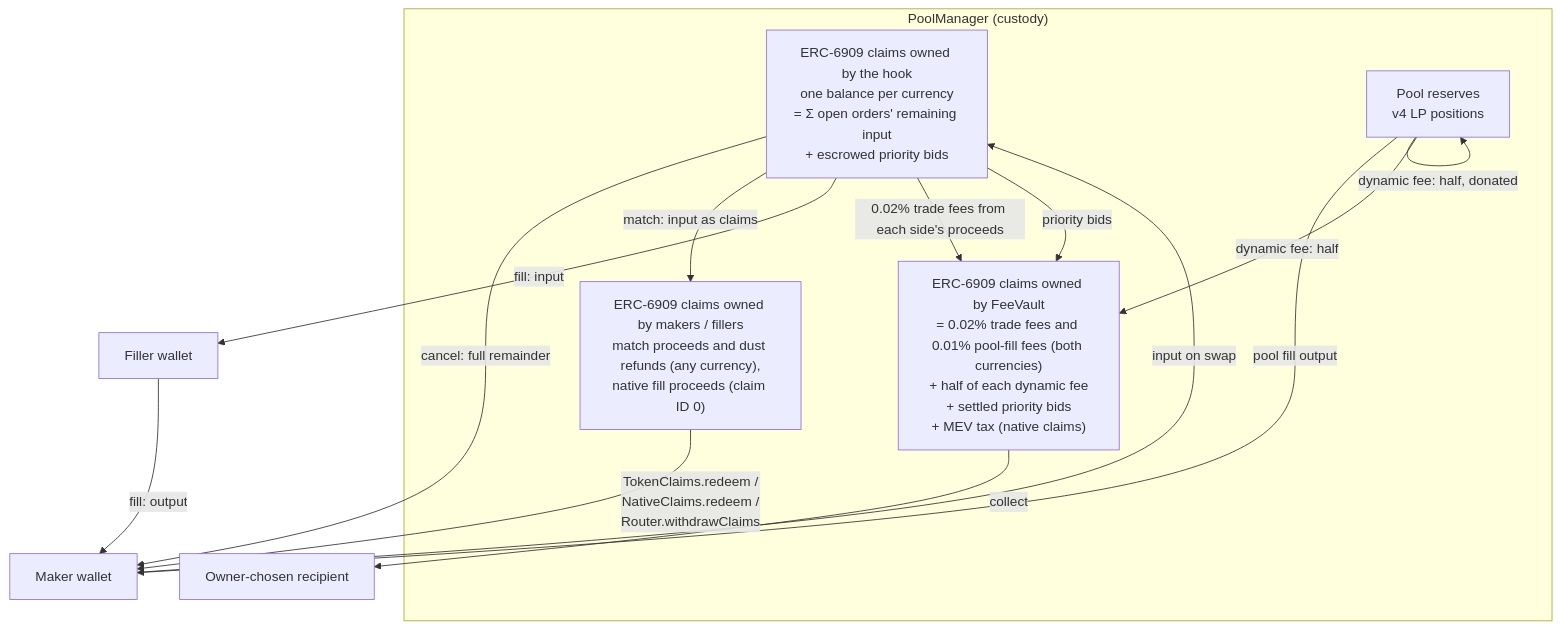
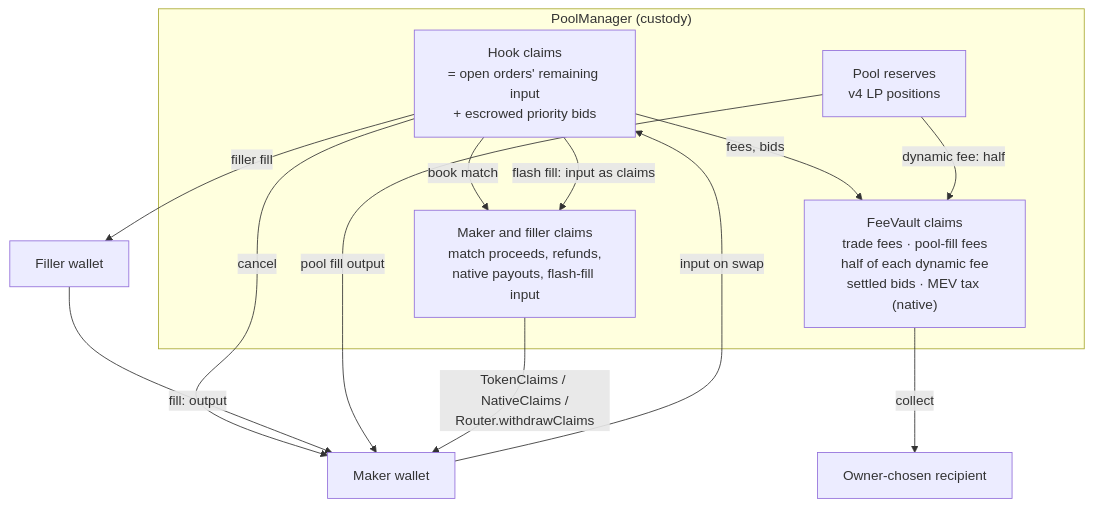
The second of 6 diagrams in docs/protocol.md (asyncswap/contracts), drawn with Mermaid before and after one commit. The commit also changed other lines of this file and 10 other files, not shown here.

Commit message:
Docs: refactor for v2.2.0 (flash fills, MEV tax, Dutch auctions, module layout) (#106)

````diff
--- a/docs/protocol.md
+++ b/docs/protocol.md
@@ -95,21 +95,20 @@
 ```mermaid
 flowchart TB
     subgraph PoolManager["PoolManager (custody)"]
-        Escrow["ERC-6909 claims owned by the hook<br/>one balance per currency<br/>= Σ open orders' remaining input<br/>+ escrowed priority bids"]
-        Fees["ERC-6909 claims owned by FeeVault<br/>= 0.02% trade fees and 0.01% pool-fill fees (both currencies)<br/>+ half of each dynamic fee<br/>+ settled priority bids<br/>+ MEV tax (native claims)"]
-        User["ERC-6909 claims owned by makers / fillers<br/>match proceeds and dust refunds (any currency),<br/>native fill proceeds (claim ID 0)"]
+        Escrow["Hook claims<br/>= open orders' remaining input<br/>+ escrowed priority bids"]
+        Fees["FeeVault claims<br/>trade fees · pool-fill fees<br/>half of each dynamic fee<br/>settled bids · MEV tax (native)"]
+        User["Maker and filler claims<br/>match proceeds, refunds,<br/>native payouts, flash-fill input"]
         Reserves["Pool reserves<br/>v4 LP positions"]
     end
     MakerW["Maker wallet"] -->|input on swap| Escrow
-    Escrow -->|cancel: full remainder| MakerW
-    Escrow -->|match: input as claims| User
-    Escrow -->|fill: input| CounterW["Filler wallet"]
-    CounterW -->|fill: output| MakerW
-    Escrow -->|0.02% trade fees from each side's proceeds| Fees
-    Escrow -->|priority bids| Fees
+    Escrow -->|cancel| MakerW
+    Escrow -->|book match| User
+    Escrow -->|filler fill| FillerW["Filler wallet"]
+    Escrow -->|flash fill: input as claims| User
+    FillerW -->|fill: output| MakerW
+    Escrow -->|fees, bids| Fees
     Reserves -->|pool fill output| MakerW
     Reserves -->|dynamic fee: half| Fees
-    Reserves -->|dynamic fee: half, donated| Reserves
     Fees -->|collect| OwnerW["Owner-chosen recipient"]
-    User -->|TokenClaims.redeem /<br/>NativeClaims.redeem /<br/>Router.withdrawClaims| MakerW
+    User -->|TokenClaims / NativeClaims /<br/>Router.withdrawClaims| MakerW
 ```
````
